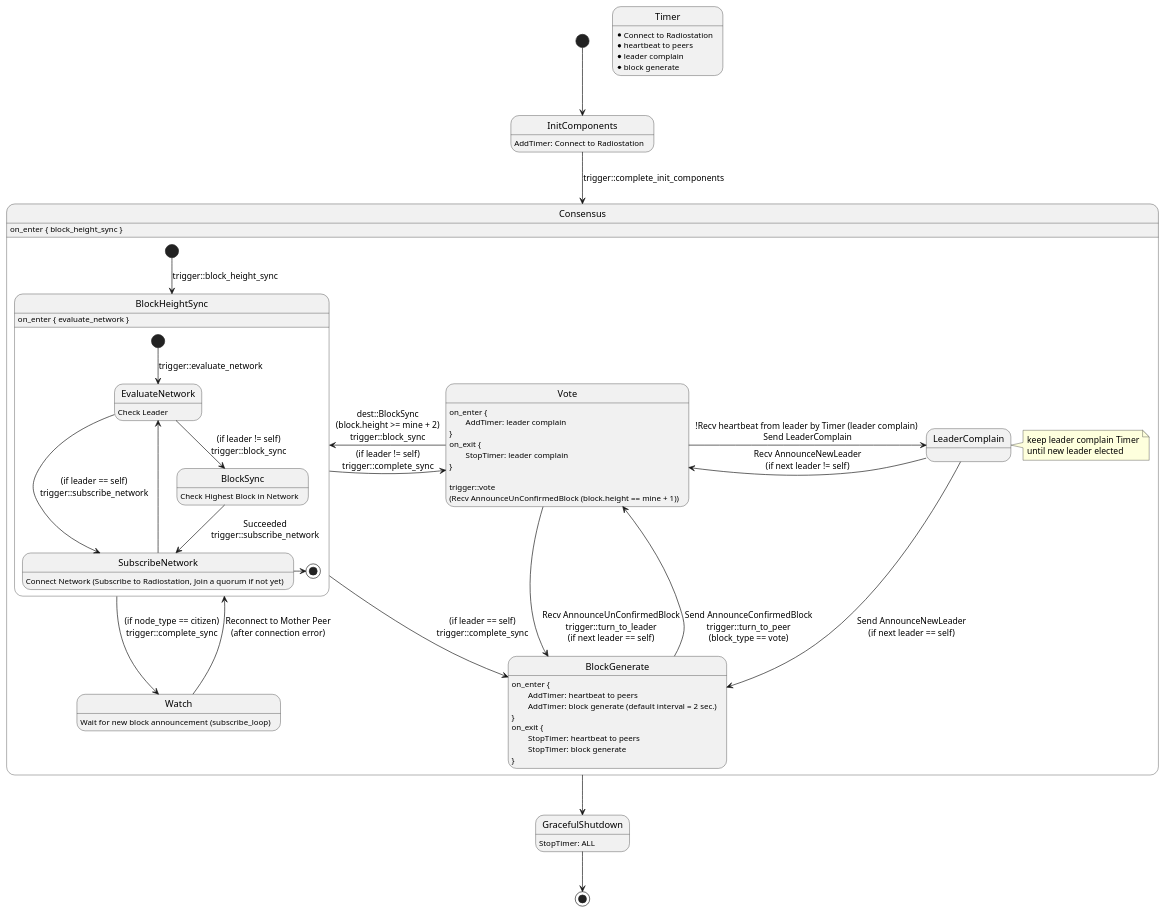
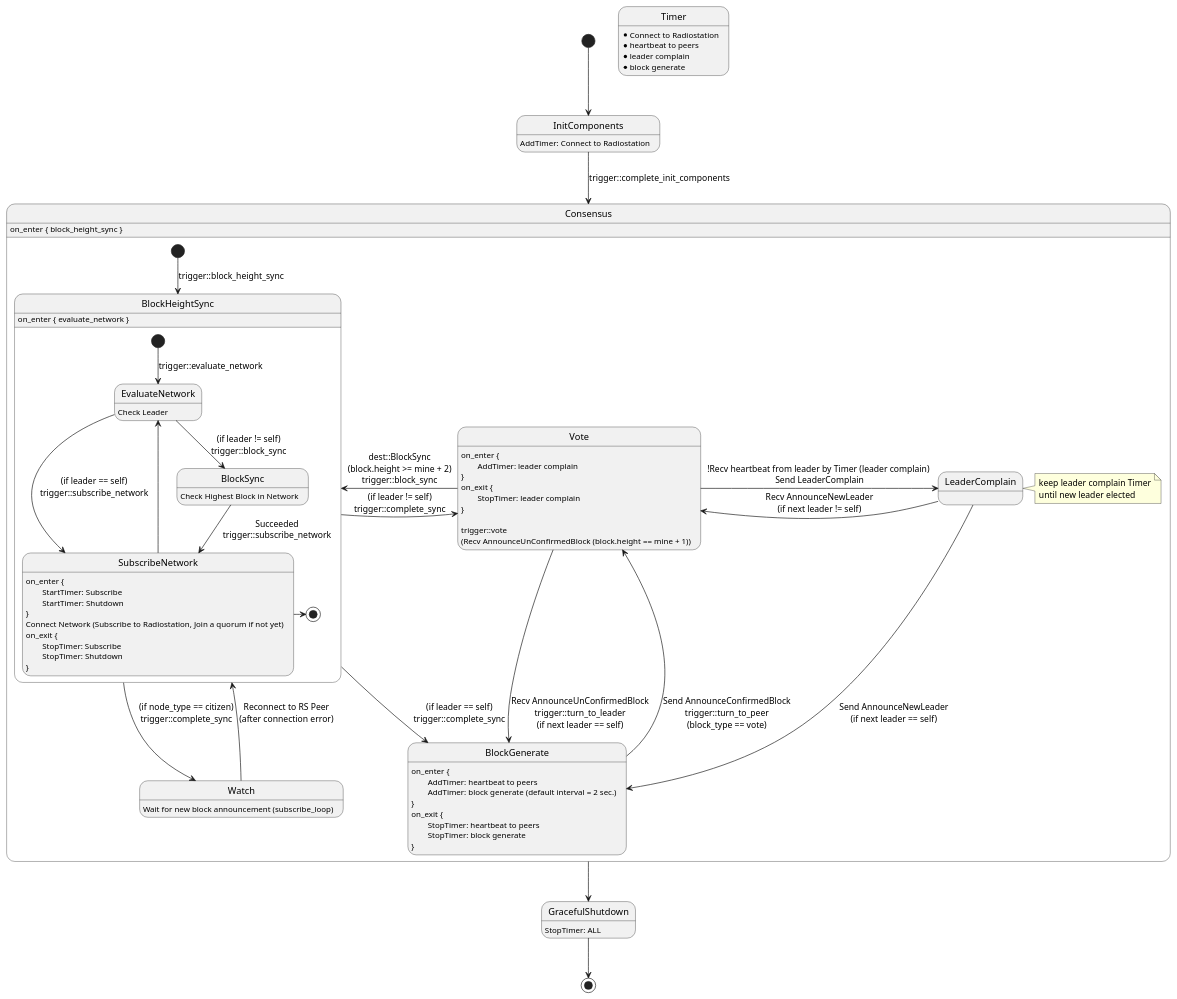
One commit to icon-project/loopchain changed the diagram in docs/8. diagram/state_machine_in_siever.wsd. Above: the diagram before and after it, drawn with PlantUML. The commit also changed 9 other files, not shown here.

```diff
--- a/docs/8. diagram/state_machine_in_siever.wsd
+++ b/docs/8. diagram/state_machine_in_siever.wsd
@@ -1,75 +1,83 @@
 @startuml State Machine in Siever
 
 [*] --> InitComponents
 InitComponents: AddTimer: Connect to Radiostation
 
 InitComponents --> Consensus : trigger::complete_init_components
 
 state Timer
 Timer: * Connect to Radiostation
 Timer: * heartbeat to peers
 Timer: * leader complain
 Timer: * block generate
 
 state Consensus {
     Consensus: on_enter { block_height_sync }
     [*] --> BlockHeightSync : trigger::block_height_sync
 
     state BlockHeightSync {
         [*] --> EvaluateNetwork : trigger::evaluate_network
 
         EvaluateNetwork: Check Leader
         EvaluateNetwork --> BlockSync : (if leader != self)\ntrigger::block_sync
         EvaluateNetwork --> SubscribeNetwork : (if leader == self)\ntrigger::subscribe_network
 
         BlockSync: Check Highest Block in Network
         BlockSync --> SubscribeNetwork : Succeeded\ntrigger::subscribe_network
 
+        SubscribeNetwork: on_enter {
+        SubscribeNetwork: \tStartTimer: Subscribe
+        SubscribeNetwork: \tStartTimer: Shutdown
+        SubscribeNetwork:}
         SubscribeNetwork: Connect Network (Subscribe to Radiostation, Join a quorum if not yet)
+        SubscribeNetwork: on_exit {
+        SubscribeNetwork: \tStopTimer: Subscribe
+        SubscribeNetwork: \tStopTimer: Shutdown
+        SubscribeNetwork:}
         SubscribeNetwork -up-> EvaluateNetwork
         SubscribeNetwork -right-> [*]
     }
     BlockHeightSync: on_enter { evaluate_network }
     BlockHeightSync -> Watch: (if node_type == citizen)\ntrigger::complete_sync
     BlockHeightSync -> Vote: (if leader != self)\ntrigger::complete_sync
     BlockHeightSync --> BlockGenerate: (if leader == self)\ntrigger::complete_sync
     
     Watch: Wait for new block announcement (subscribe_loop)
-    Watch --> BlockHeightSync: Reconnect to Mother Peer\n(after connection error)
+    Watch --> BlockHeightSync: Reconnect to RS Peer\n(after connection error)
     Vote: on_enter {
     Vote: \tAddTimer: leader complain
     Vote: }
     Vote: on_exit {
     Vote: \tStopTimer: leader complain
     Vote: }
     Vote: 
     Vote: trigger::vote\n(Recv AnnounceUnConfirmedBlock (block.height == mine + 1))
     Vote -left-> BlockHeightSync : dest::BlockSync\n(block.height >= mine + 2)\ntrigger::block_sync
     Vote -> BlockGenerate : Recv AnnounceUnConfirmedBlock\ntrigger::turn_to_leader\n(if next leader == self)
     Vote -> LeaderComplain : !Recv heartbeat from leader by Timer (leader complain) \nSend LeaderComplain
 
     BlockGenerate: on_enter {
     BlockGenerate: \tAddTimer: heartbeat to peers
     BlockGenerate: \tAddTimer: block generate (default interval = 2 sec.)
     BlockGenerate: }
     BlockGenerate: on_exit {
     BlockGenerate: \tStopTimer: heartbeat to peers
     BlockGenerate: \tStopTimer: block generate
     BlockGenerate: }
     BlockGenerate -> Vote : Send AnnounceConfirmedBlock\ntrigger::turn_to_peer\n(block_type == vote)
 
     state LeaderComplain
     note right of LeaderComplain
       keep leader complain Timer
       until new leader elected
     end note
     LeaderComplain -> Vote : Recv AnnounceNewLeader\n(if next leader != self)
     LeaderComplain --> BlockGenerate : Send AnnounceNewLeader\n(if next leader == self)
 }
 
 Consensus --> GracefulShutdown
 
 GracefulShutdown: StopTimer: ALL
 GracefulShutdown --> [*]
 
 @enduml
```
